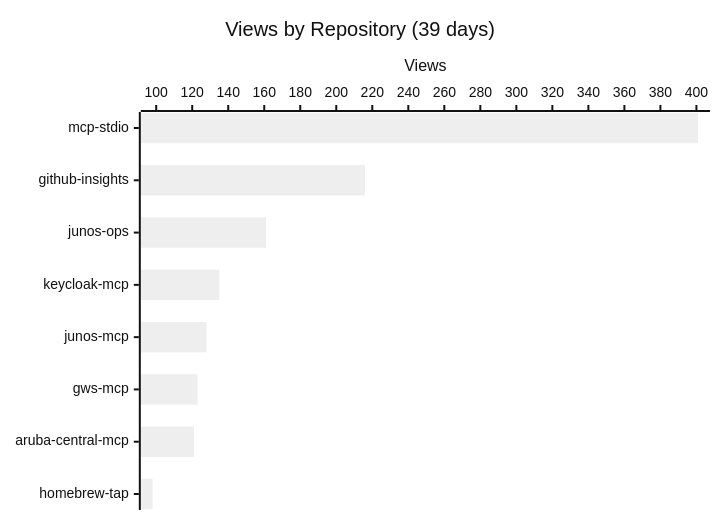
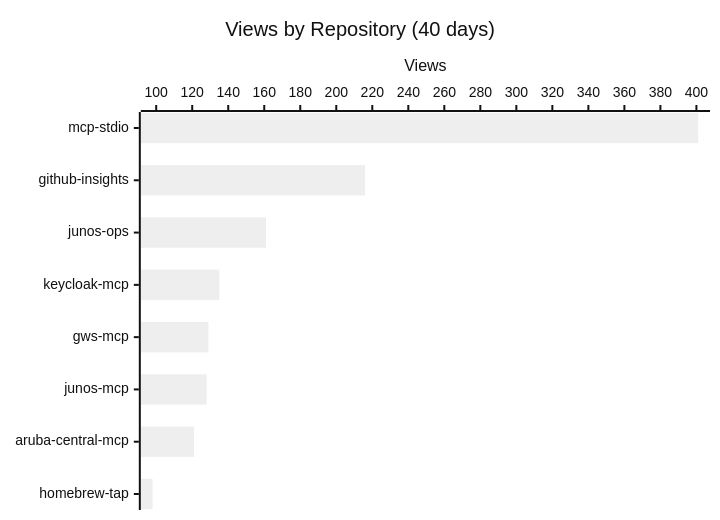
The first of 3 diagrams in README.md (shigechika/github-insights), drawn with Mermaid (neutral theme) before and after one commit. The commit also changed other lines of this file and 1 other file, not shown here.

````diff
--- a/README.md
+++ b/README.md
@@ -16,7 +16,7 @@
 ```mermaid
 xychart-beta horizontal
-    title "Views by Repository (39 days)"
-    x-axis ["mcp-stdio", "github-insights", "junos-ops", "keycloak-mcp", "junos-mcp", "gws-mcp", "aruba-central-mcp", "homebrew-tap"]
+    title "Views by Repository (40 days)"
+    x-axis ["mcp-stdio", "github-insights", "junos-ops", "keycloak-mcp", "gws-mcp", "junos-mcp", "aruba-central-mcp", "homebrew-tap"]
     y-axis "Views"
-    bar [401, 216, 161, 135, 128, 123, 121, 98]
+    bar [401, 216, 161, 135, 129, 128, 121, 98]
 ```
````
